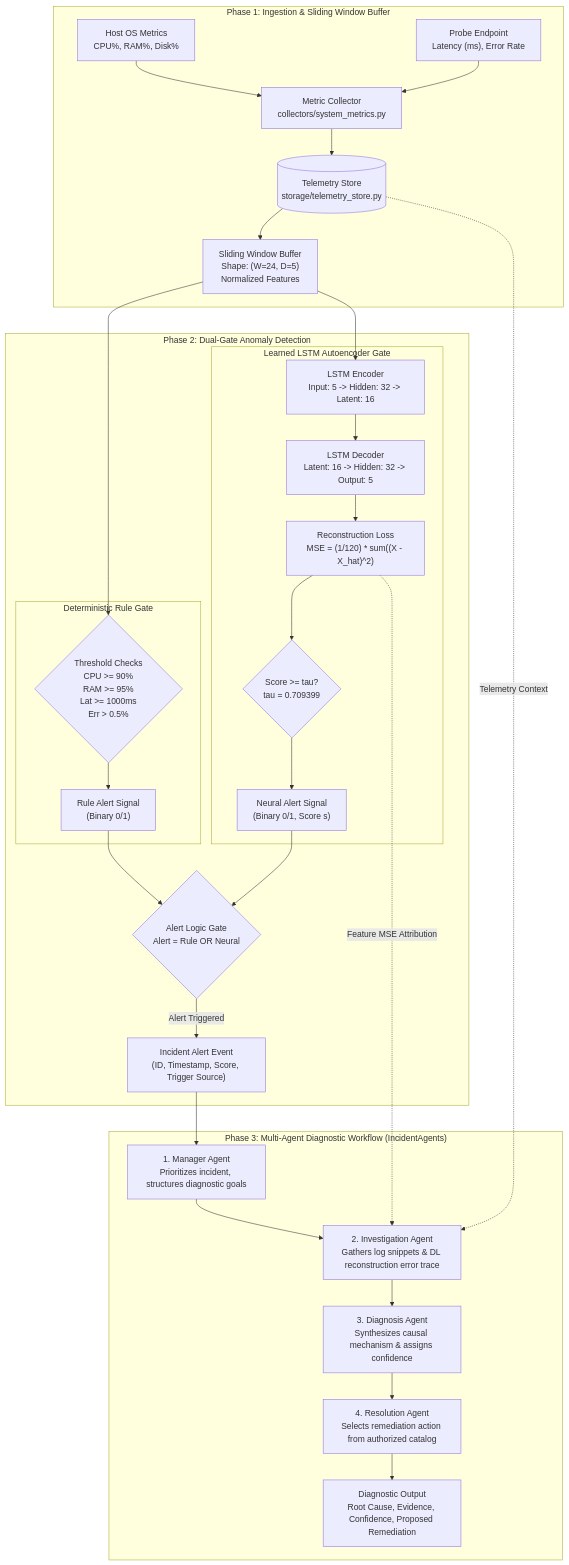
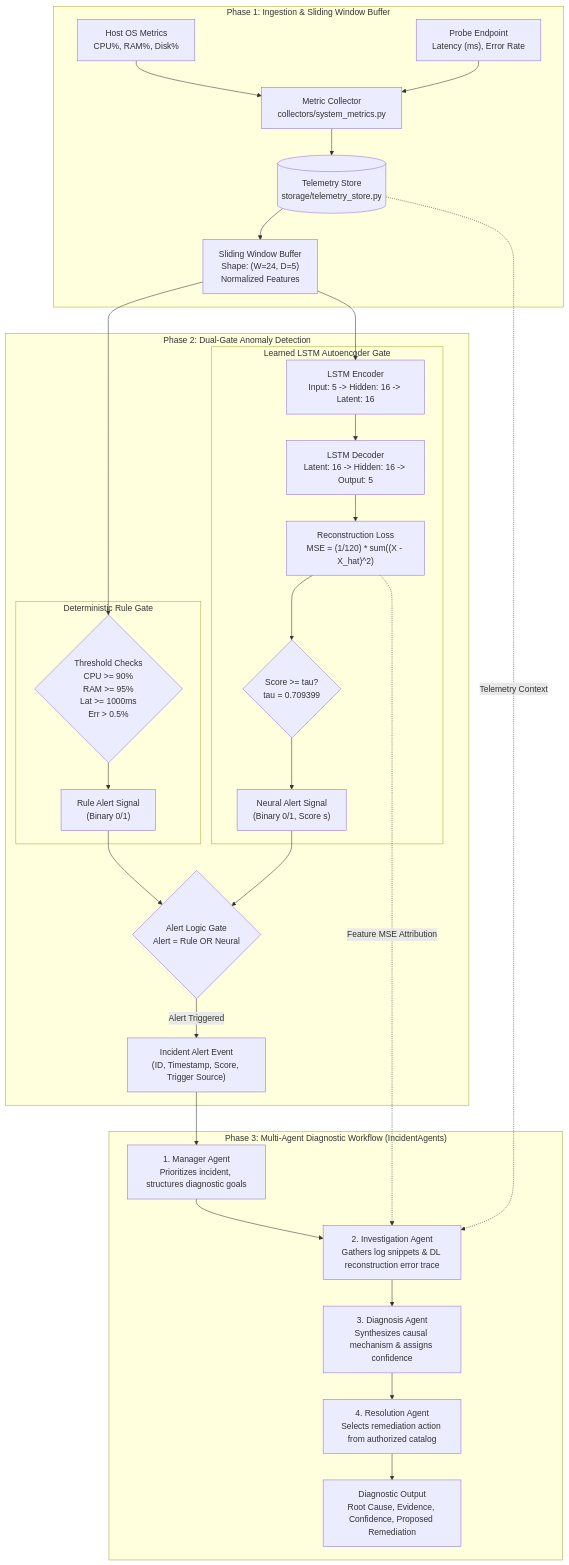
The second of 3 diagrams in research/paper/AEGISOPS_RESEARCH_PAPER.md (mvishnupavankumar/DL_PROJECT), drawn with Mermaid before and after one commit. The commit also changed other lines of this file and 60 other files, not shown here.

````diff
--- a/research/paper/AEGISOPS_RESEARCH_PAPER.md
+++ b/research/paper/AEGISOPS_RESEARCH_PAPER.md
@@ -307,59 +312,59 @@
 ```mermaid
 graph TB
     subgraph DataIngestion["Phase 1: Ingestion & Sliding Window Buffer"]
         M1["Host OS Metrics<br/>CPU%, RAM%, Disk%"]
         M2["Probe Endpoint<br/>Latency (ms), Error Rate"]
         Collector["Metric Collector<br/>collectors/system_metrics.py"]
         SQLStore[("Telemetry Store<br/>storage/telemetry_store.py")]
         WindowBuffer["Sliding Window Buffer<br/>Shape: (W=24, D=5)<br/>Normalized Features"]
     end
 
     subgraph DualDetection["Phase 2: Dual-Gate Anomaly Detection"]
         subgraph RulePath["Deterministic Rule Gate"]
             RuleEval{"Threshold Checks<br/>CPU >= 90%<br/>RAM >= 95%<br/>Lat >= 1000ms<br/>Err > 0.5%"}
             RuleResult["Rule Alert Signal<br/>(Binary 0/1)"]
         end
 
         subgraph NeuralPath["Learned LSTM Autoencoder Gate"]
-            Encoder["LSTM Encoder<br/>Input: 5 -> Hidden: 32 -> Latent: 16"]
-            Decoder["LSTM Decoder<br/>Latent: 16 -> Hidden: 32 -> Output: 5"]
+            Encoder["LSTM Encoder<br/>Input: 5 -> Hidden: 16 -> Latent: 16"]
+            Decoder["LSTM Decoder<br/>Latent: 16 -> Hidden: 16 -> Output: 5"]
             LossCalc["Reconstruction Loss<br/>MSE = (1/120) * sum((X - X_hat)^2)"]
             ThreshCheck{"Score >= tau?<br/>tau = 0.709399"}
             NeuralResult["Neural Alert Signal<br/>(Binary 0/1, Score s)"]
         end
 
         CombinedGate{"Alert Logic Gate<br/>Alert = Rule OR Neural"}
         IncidentEvent["Incident Alert Event<br/>(ID, Timestamp, Score, Trigger Source)"]
     end
 
     subgraph DiagnosticPipeline["Phase 3: Multi-Agent Diagnostic Workflow (IncidentAgents)"]
         ManagerAgent["1. Manager Agent<br/>Prioritizes incident, structures diagnostic goals"]
         InvestigatorAgent["2. Investigation Agent<br/>Gathers log snippets & DL reconstruction error trace"]
         DiagnosisAgent["3. Diagnosis Agent<br/>Synthesizes causal mechanism & assigns confidence"]
         ResolutionAgent["4. Resolution Agent<br/>Selects remediation action from authorized catalog"]
         DiagnosticReport["Diagnostic Output<br/>Root Cause, Evidence, Confidence, Proposed Remediation"]
     end
 
     %% Data flow links
     M1 --> Collector
     M2 --> Collector
     Collector --> SQLStore
     SQLStore --> WindowBuffer
     WindowBuffer --> RuleEval
     RuleEval --> RuleResult
     WindowBuffer --> Encoder
     Encoder --> Decoder
     Decoder --> LossCalc
     LossCalc --> ThreshCheck
     ThreshCheck --> NeuralResult
     RuleResult --> CombinedGate
     NeuralResult --> CombinedGate
     CombinedGate -- "Alert Triggered" --> IncidentEvent
     IncidentEvent --> ManagerAgent
     SQLStore -. "Telemetry Context" .-> InvestigatorAgent
     LossCalc -. "Feature MSE Attribution" .-> InvestigatorAgent
     ManagerAgent --> InvestigatorAgent
     InvestigatorAgent --> DiagnosisAgent
     DiagnosisAgent --> ResolutionAgent
     ResolutionAgent --> DiagnosticReport
 ```
````
